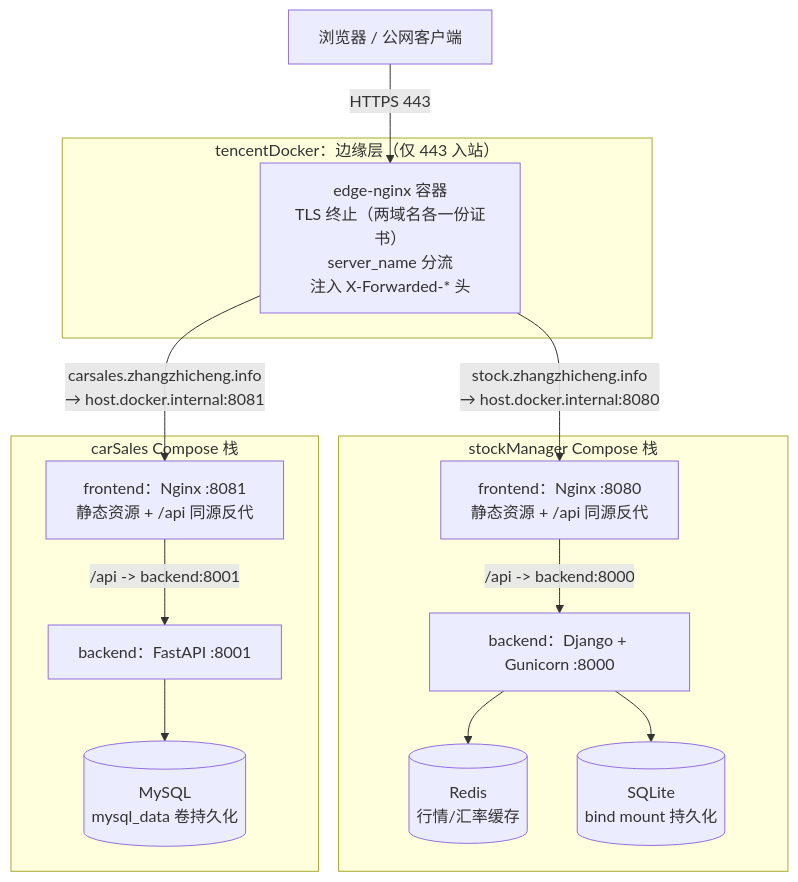
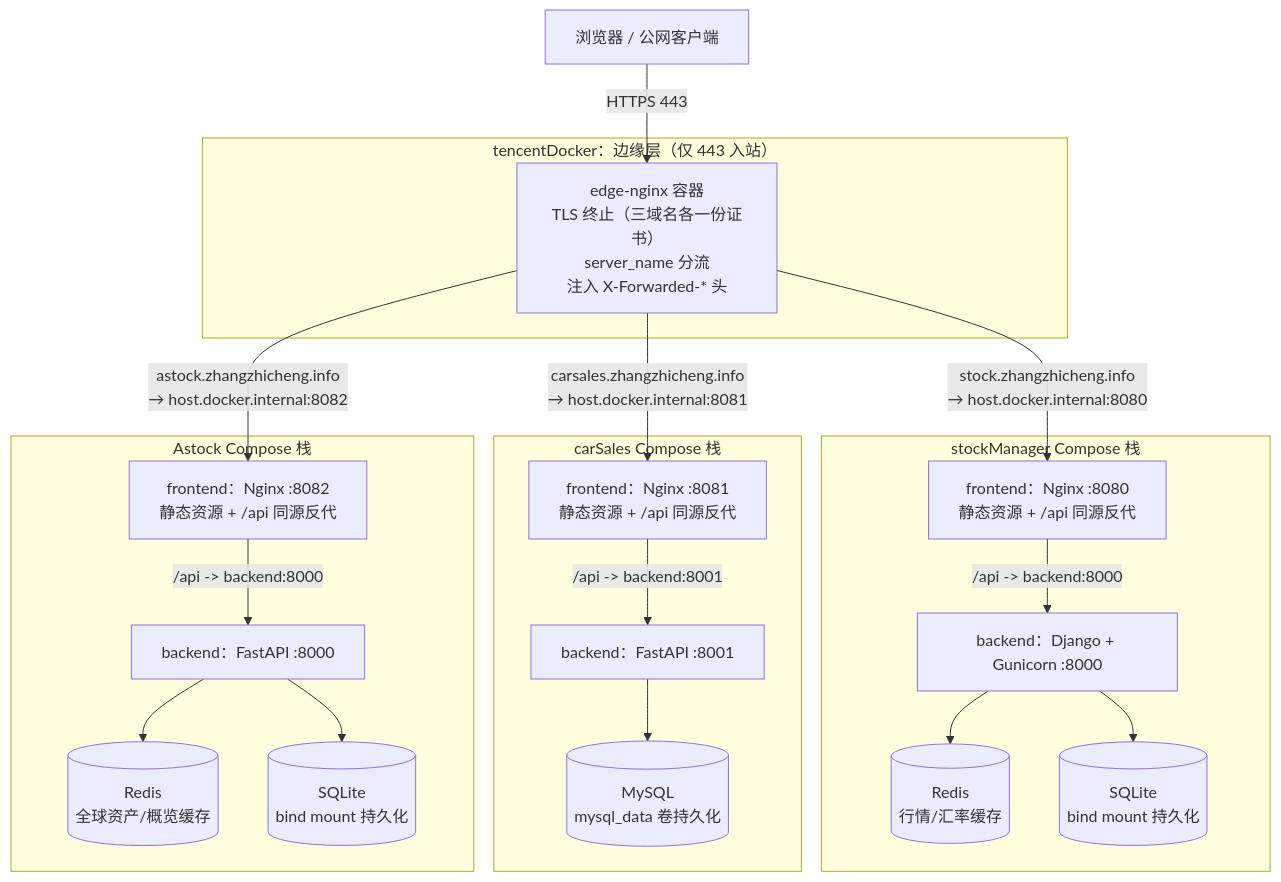
One commit to gunerguner/tencentDocker changed the diagram in docs/deploy-guide.md. Above: the diagram before and after it, drawn with Mermaid. The commit also changed other lines of this file and 4 other files, not shown here.

First line of the commit message:
feat: 添加 Astock 支持，更新 Nginx 配置与文档

````diff
--- a/docs/deploy-guide.md
+++ b/docs/deploy-guide.md
@@ -9,30 +9,41 @@
 ```mermaid
 flowchart TB
     client["浏览器 / 公网客户端"]
 
     subgraph edge["tencentDocker：边缘层（仅 443 入站）"]
-        nginx["edge-nginx 容器<br/>TLS 终止（两域名各一份证书）<br/>server_name 分流<br/>注入 X-Forwarded-* 头"]
+        nginx["edge-nginx 容器<br/>TLS 终止（三域名各一份证书）<br/>server_name 分流<br/>注入 X-Forwarded-* 头"]
     end
 
     subgraph stock["stockManager Compose 栈"]
         sfe["frontend：Nginx :8080<br/>静态资源 + /api 同源反代"]
         sbe["backend：Django + Gunicorn :8000"]
         sredis[("Redis<br/>行情/汇率缓存")]
         ssqlite[("SQLite<br/>bind mount 持久化")]
         sfe -->|/api -> backend:8000| sbe
         sbe --> sredis
         sbe --> ssqlite
     end
 
     subgraph car["carSales Compose 栈"]
         cfe["frontend：Nginx :8081<br/>静态资源 + /api 同源反代"]
         cbe["backend：FastAPI :8001"]
         cmysql[("MySQL<br/>mysql_data 卷持久化")]
         cfe -->|/api -> backend:8001| cbe
         cbe --> cmysql
     end
 
+    subgraph astock["Astock Compose 栈"]
+        afe["frontend：Nginx :8082<br/>静态资源 + /api 同源反代"]
+        abe["backend：FastAPI :8000"]
+        aredis[("Redis<br/>全球资产/概览缓存")]
+        asqlite[("SQLite<br/>bind mount 持久化")]
+        afe -->|/api -> backend:8000| abe
+        abe --> aredis
+        abe --> asqlite
+    end
+
     client -->|HTTPS 443| nginx
     nginx -->|"stock.zhangzhicheng.info<br/>→ host.docker.internal:8080"| sfe
     nginx -->|"carsales.zhangzhicheng.info<br/>→ host.docker.internal:8081"| cfe
+    nginx -->|"astock.zhangzhicheng.info<br/>→ host.docker.internal:8082"| afe
 ```
````
